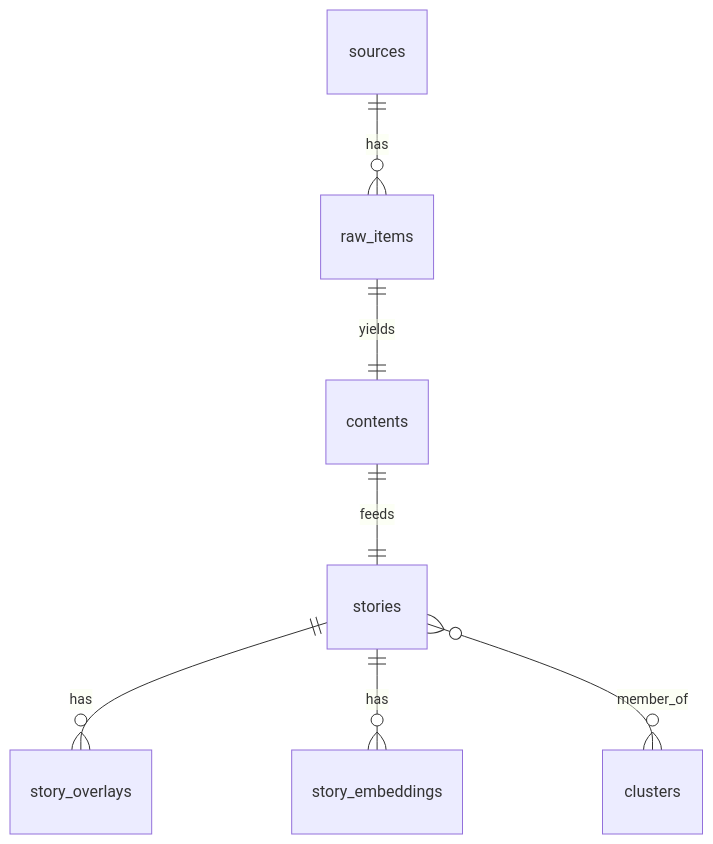
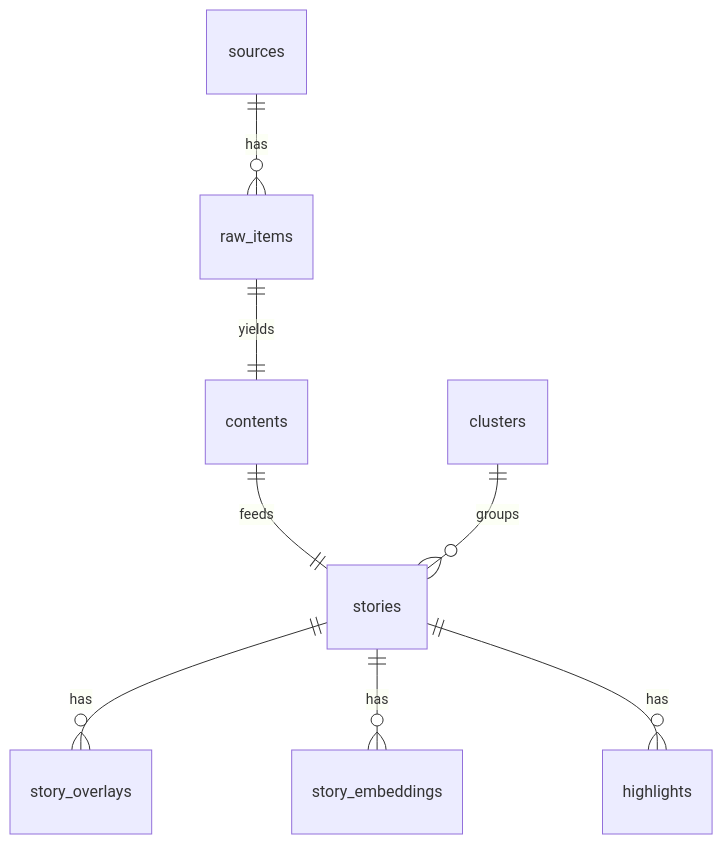
Before and after one commit to ParkerRex/zeke: the ninth of 15 diagrams in docs/plans/dp-diagrams.md, drawn with Mermaid. The commit also changed other lines of this file and 7 other files, not shown here.

````diff
--- a/docs/plans/dp-diagrams.md
+++ b/docs/plans/dp-diagrams.md
@@ -148,9 +160,10 @@
 ```mermaid
 erDiagram
   sources ||--o{ raw_items : has
   raw_items ||--|| contents : yields
   contents ||--|| stories : feeds
+  clusters ||--o{ stories : groups
   stories ||--o{ story_overlays : has
   stories ||--o{ story_embeddings : has
-  stories }o--o{ clusters : member_of
+  stories ||--o{ highlights : has
 ```
````
